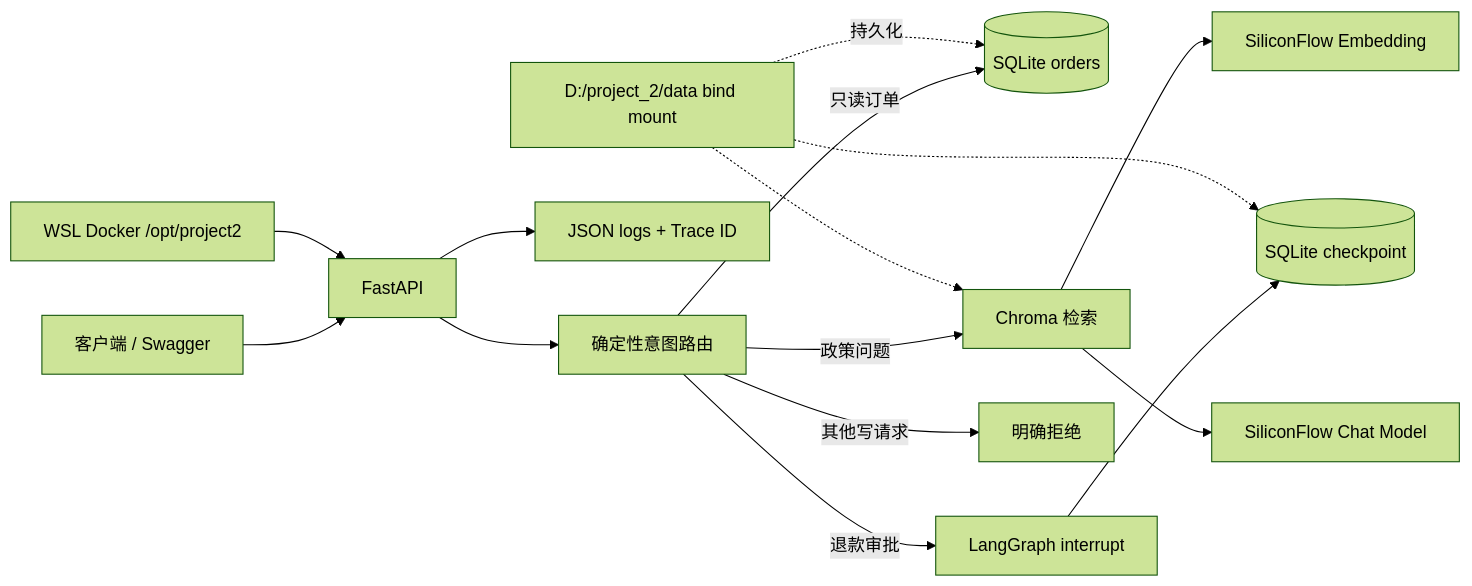
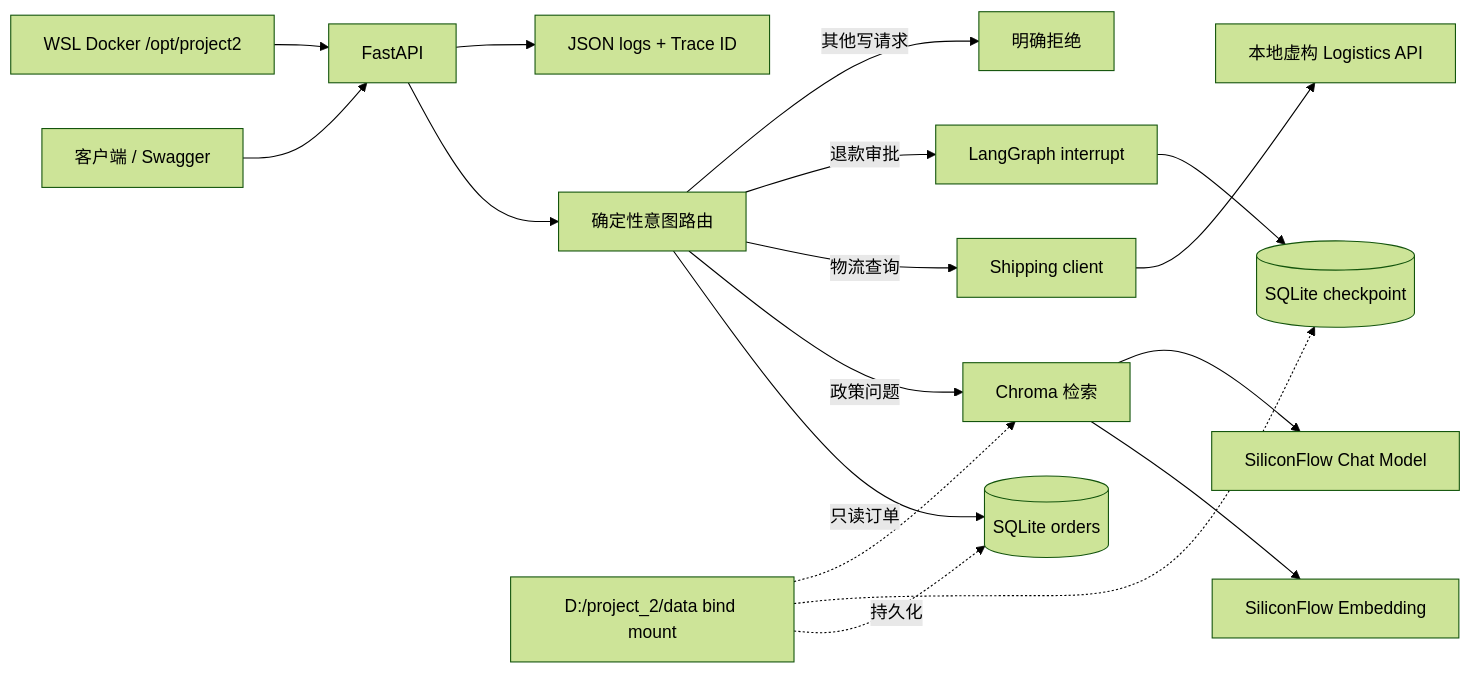
Before and after one commit to KaelLee335/enterprise-support-agent-v2: the diagram in docs/project_story.md, drawn with Mermaid (forest theme). The commit also changed other lines of this file and 44 other files, not shown here.

Commit message:
feat: add V2.1 demo approver and mock logistics flow

````diff
--- a/docs/project_story.md
+++ b/docs/project_story.md
@@ -13,17 +13,19 @@
 ```mermaid
 flowchart LR
     U[客户端 / Swagger] --> API[FastAPI]
     API --> ROUTER[确定性意图路由]
     ROUTER -->|只读订单| DB[(SQLite orders)]
     ROUTER -->|政策问题| RETRIEVE[Chroma 检索]
+    ROUTER -->|物流查询| HTTP[Shipping client]
+    HTTP --> MOCK[本地虚构 Logistics API]
     RETRIEVE --> EMB[SiliconFlow Embedding]
     RETRIEVE --> LLM[SiliconFlow Chat Model]
     ROUTER -->|退款审批| HITL[LangGraph interrupt]
     HITL --> CP[(SQLite checkpoint)]
     ROUTER -->|其他写请求| REFUSE[明确拒绝]
     API --> LOG[JSON logs + Trace ID]
     VOL[WSL Docker /opt/project2] --> API
     DATA["D:/project_2/data bind mount"] -.持久化.-> DB
     DATA -.-> CP
     DATA -.-> RETRIEVE
 ```
````
